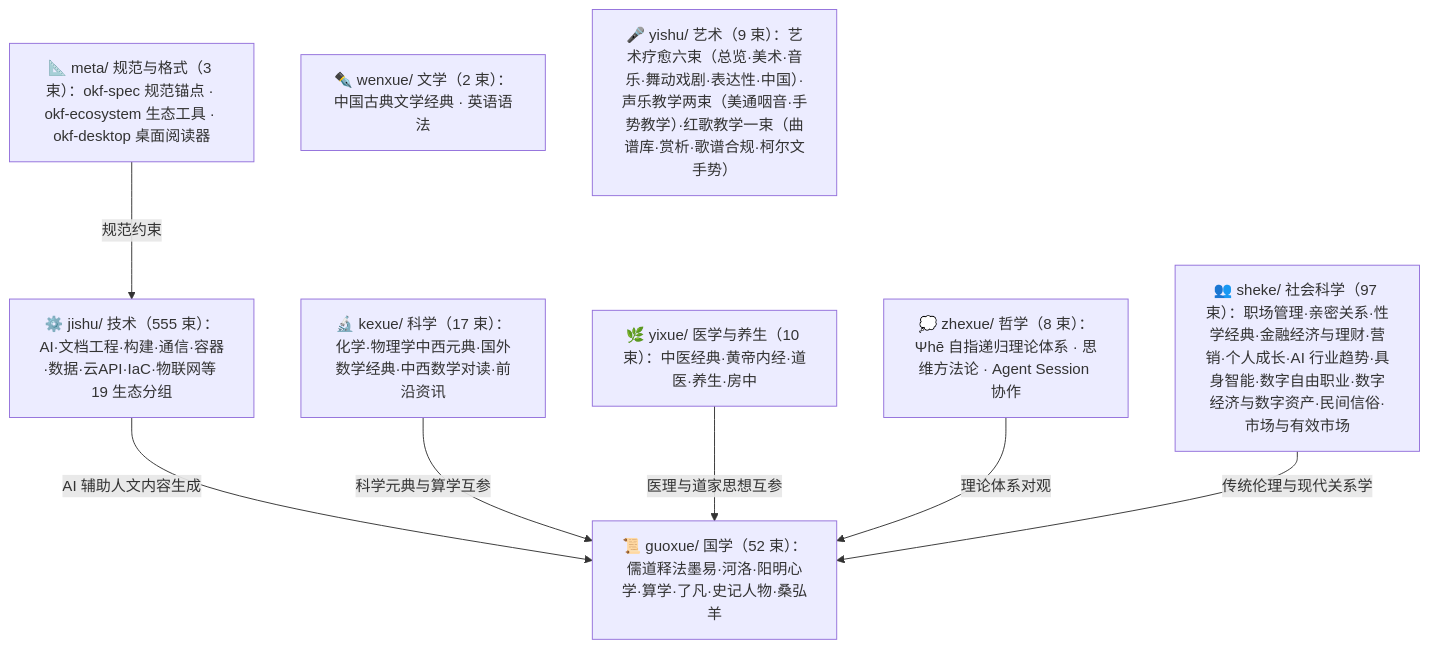
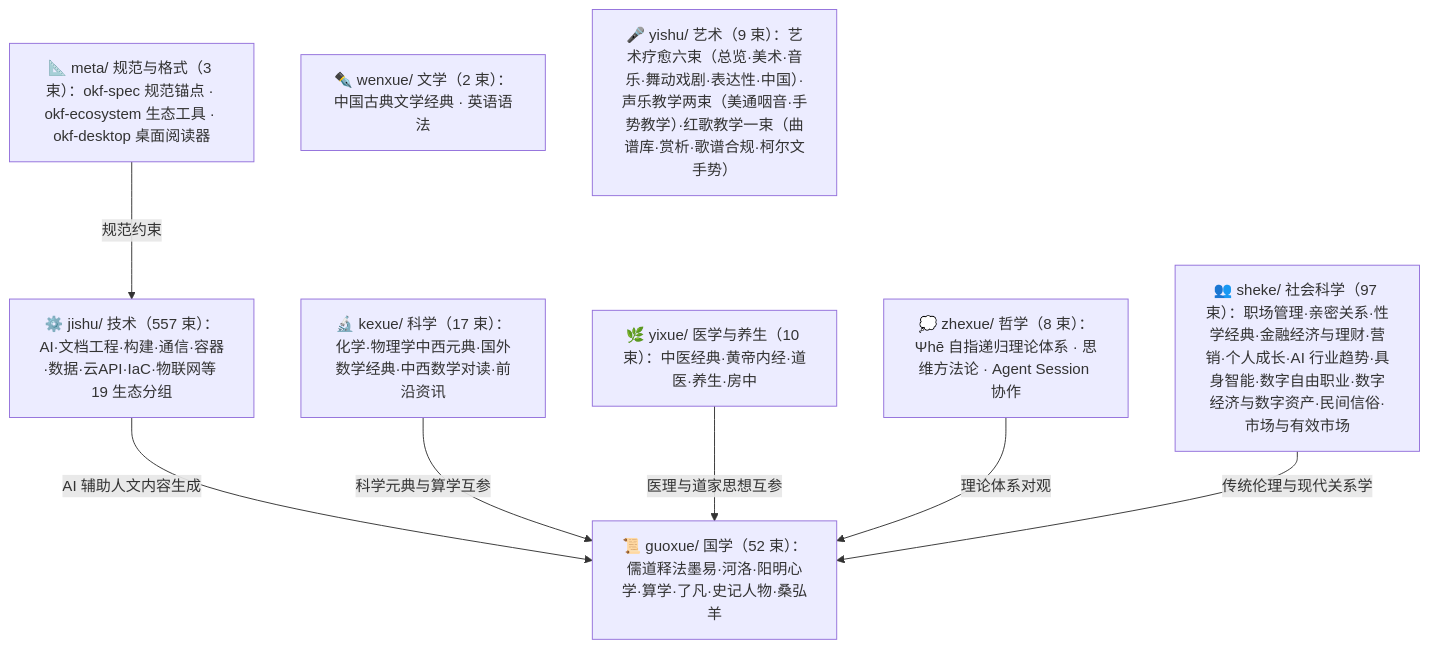
One commit to awesome-flexloop/awesome-okf changed the diagram in doc/bundles/index.md. Above: the diagram before and after it, drawn with Mermaid. The commit also changed other lines of this file and 58 other files, not shown here.

````diff
--- a/doc/bundles/index.md
+++ b/doc/bundles/index.md
@@ -21,18 +21,18 @@
 ```mermaid
 flowchart TD
     meta["📐 meta/ 规范与格式（3 束）：okf-spec 规范锚点 · okf-ecosystem 生态工具 · okf-desktop 桌面阅读器"]
     guoxue["📜 guoxue/ 国学（52 束）：儒道释法墨易·河洛·阳明心学·算学·了凡·史记人物·桑弘羊"]
     zhexue["💭 zhexue/ 哲学（8 束）：Ψhē 自指递归理论体系 · 思维方法论 · Agent Session 协作"]
     kexue["🔬 kexue/ 科学（17 束）：化学·物理学中西元典·国外数学经典·中西数学对读·前沿资讯"]
     wenxue["✒️ wenxue/ 文学（2 束）：中国古典文学经典 · 英语语法"]
     yixue["🌿 yixue/ 医学与养生（10 束）：中医经典·黄帝内经·道医·养生·房中"]
     sheke["👥 sheke/ 社会科学（97 束）：职场管理·亲密关系·性学经典·金融经济与理财·营销·个人成长·AI 行业趋势·具身智能·数字自由职业·数字经济与数字资产·民间信俗·市场与有效市场"]
     yishu["🎤 yishu/ 艺术（9 束）：艺术疗愈六束（总览·美术·音乐·舞动戏剧·表达性·中国）·声乐教学两束（美通咽音·手势教学）·红歌教学一束（曲谱库·赏析·歌谱合规·柯尔文手势）"]
-    jishu["⚙️ jishu/ 技术（555 束）：AI·文档工程·构建·通信·容器·数据·云API·IaC·物联网等 19 生态分组"]
+    jishu["⚙️ jishu/ 技术（557 束）：AI·文档工程·构建·通信·容器·数据·云API·IaC·物联网等 19 生态分组"]
     meta -->|"规范约束"| jishu
     jishu -->|"AI 辅助人文内容生成"| guoxue
     kexue -->|"科学元典与算学互参"| guoxue
     yixue -->|"医理与道家思想互参"| guoxue
     zhexue -->|"理论体系对观"| guoxue
     sheke -->|"传统伦理与现代关系学"| guoxue
 ```
````
